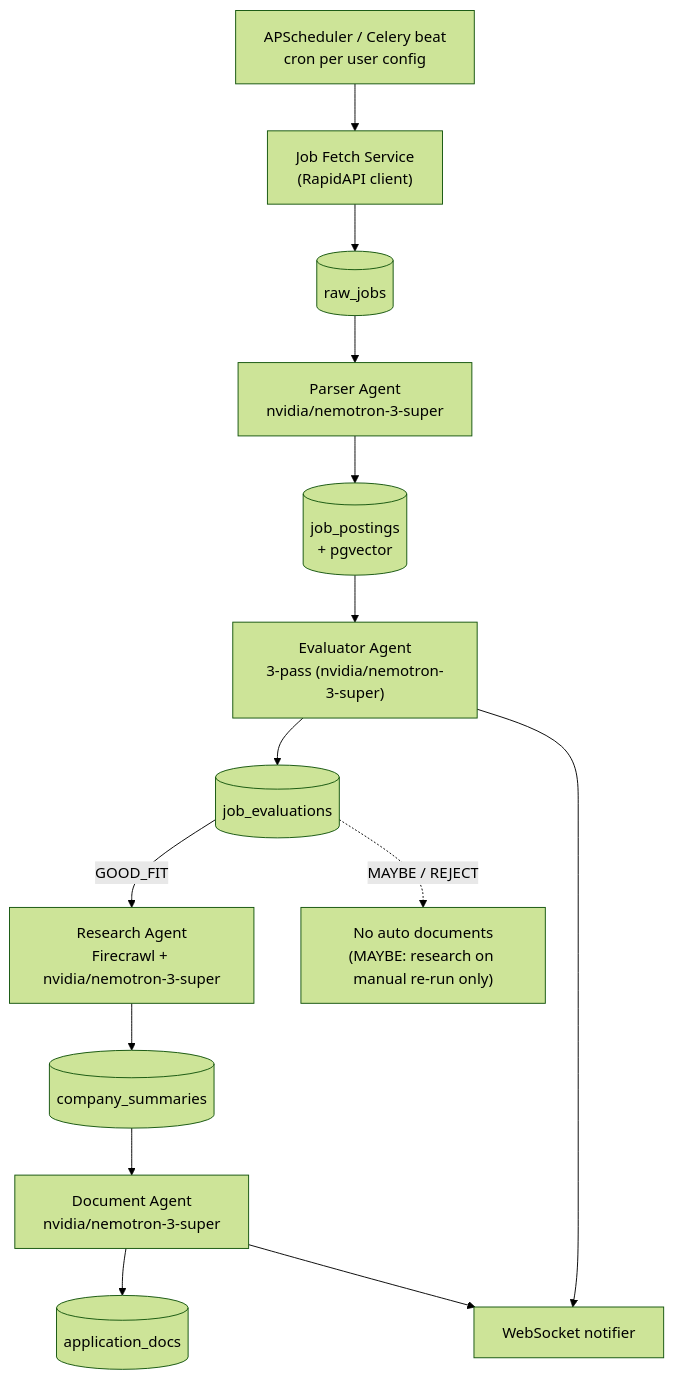
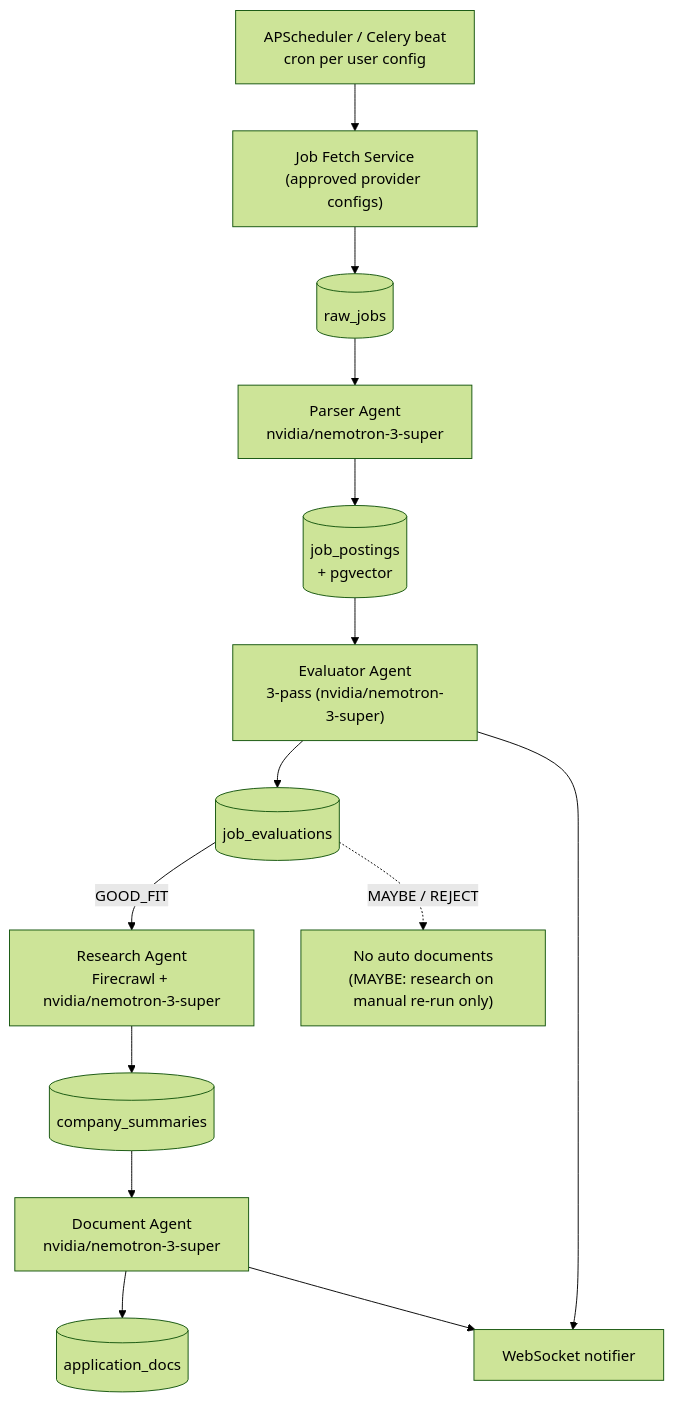
One commit to Gathondu/kaziro changed the diagram in docs/architecture/02-agentic-pipeline.md. Above: the diagram before and after it, drawn with Mermaid (forest theme). The commit also changed other lines of this file and 32 other files, not shown here.

````diff
--- a/docs/architecture/02-agentic-pipeline.md
+++ b/docs/architecture/02-agentic-pipeline.md
@@ -31,24 +31,24 @@
 ```mermaid
 flowchart TD
   scheduler["APScheduler / Celery beat<br/>cron per user config"]
-  fetch["Job Fetch Service<br/>(RapidAPI client)"]
+  fetch["Job Fetch Service<br/>(approved provider configs)"]
   rawT[("raw_jobs")]
   parser["Parser Agent<br/>nvidia/nemotron-3-super"]
   postingsT[("job_postings<br/>+ pgvector")]
   evaluator["Evaluator Agent<br/>3-pass (nvidia/nemotron-3-super)"]
   evalT[("job_evaluations")]
   research["Research Agent<br/>Firecrawl + nvidia/nemotron-3-super"]
   companyT[("company_summaries")]
   document["Document Agent<br/>nvidia/nemotron-3-super"]
   docsT[("application_docs")]
   ws["WebSocket notifier"]
 
   scheduler --> fetch --> rawT
   rawT --> parser --> postingsT
   postingsT --> evaluator --> evalT
   evalT -->|"GOOD_FIT"| research --> companyT
   companyT --> document --> docsT
   evalT -.->|"MAYBE / REJECT"| stop["No auto documents<br/>(MAYBE: research on manual re-run only)"]
   evaluator --> ws
   document --> ws
 ```
````
